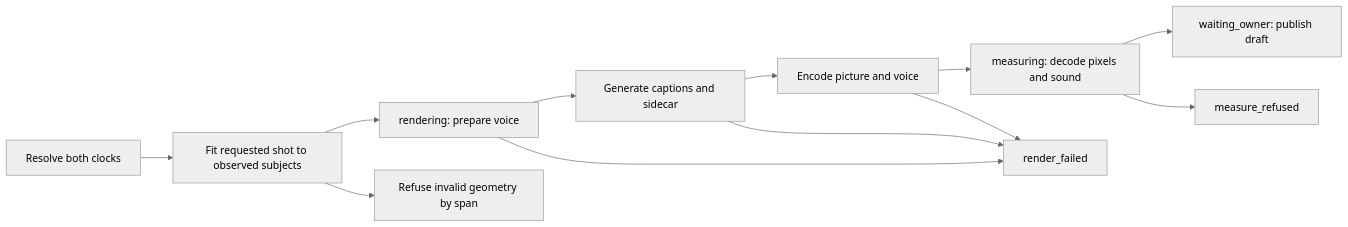
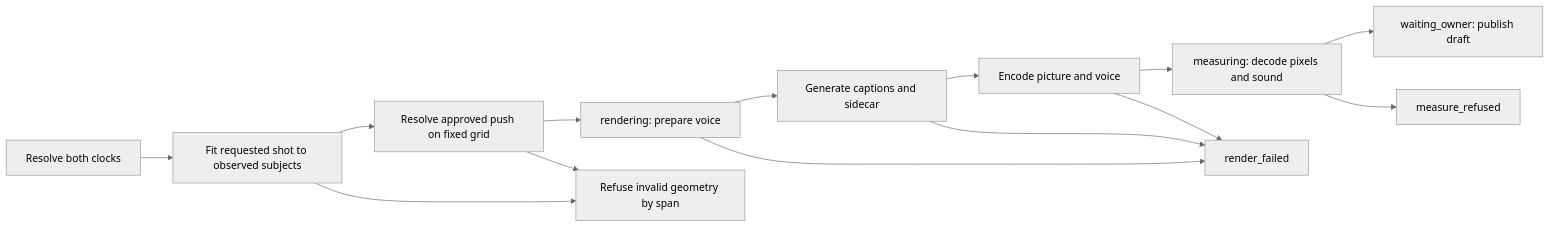
One commit to ChrisPirillo/pirillo-studio changed the first of 2 diagrams in docs/rendering.md. Above: the diagram before and after it, drawn with Mermaid (neutral theme). The commit also changed other lines of this file and 10 other files, not shown here.

````diff
--- a/docs/rendering.md
+++ b/docs/rendering.md
@@ -252,12 +250,12 @@
 ```mermaid
 flowchart LR
   A[Resolve both clocks] --> I[Fit requested shot to observed subjects]
-  I --> B[rendering: prepare voice]
-  I --> J[Refuse invalid geometry by span]
+  I --> K[Resolve approved push on fixed grid] --> B[rendering: prepare voice]
+  I & K --> J[Refuse invalid geometry by span]
   B --> C[Generate captions and sidecar]
   C --> D[Encode picture and voice]
   D --> E[measuring: decode pixels and sound]
   E --> F[waiting_owner: publish draft]
   B & C & D --> G[render_failed]
   E --> H[measure_refused]
 ```
````
